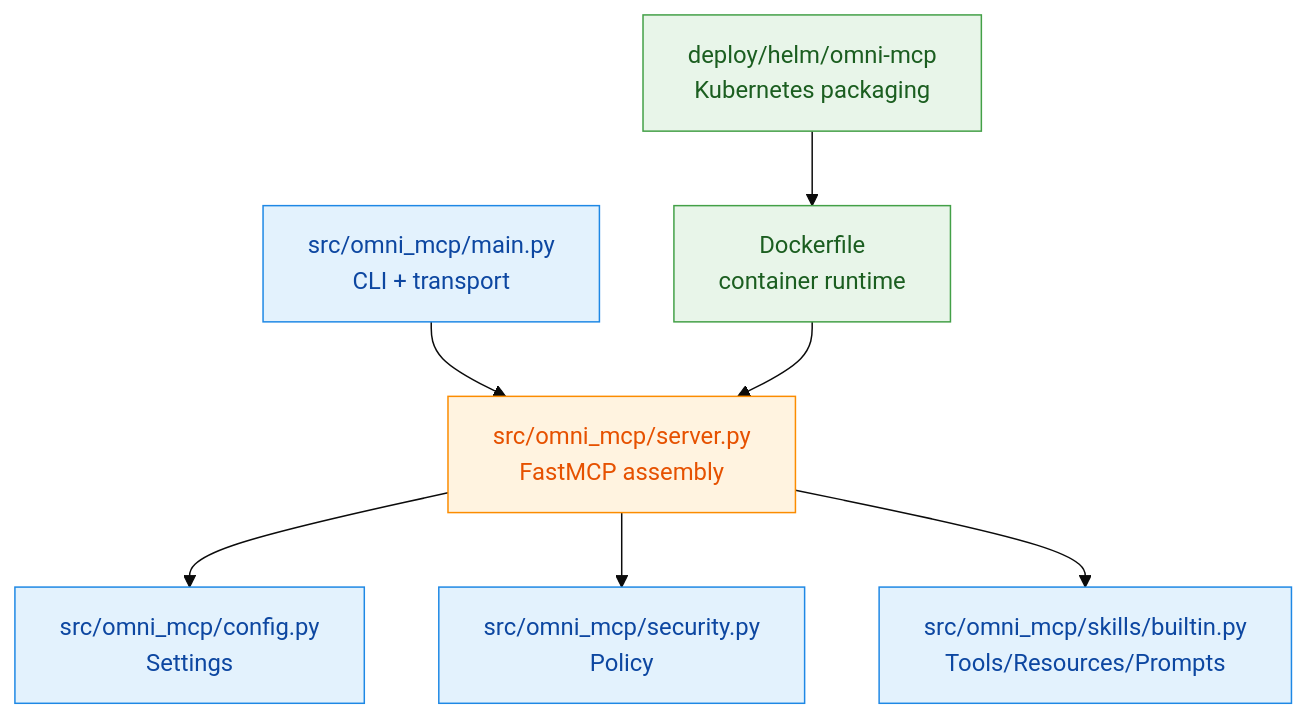
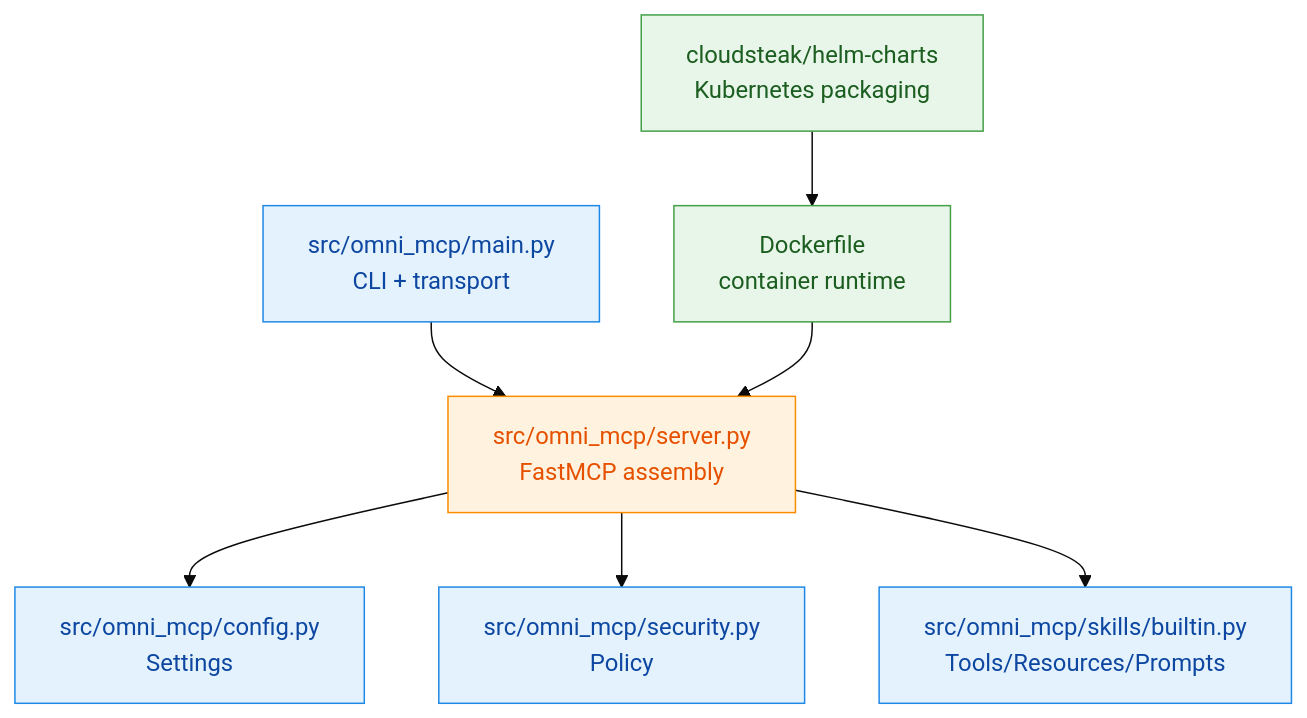
One commit to cloudsteak/omni-mcp changed the second of 3 diagrams in docs/ARCHITECTURE.md. Above: the diagram before and after it, drawn with Mermaid. The commit also changed other lines of this file and 24 other files, not shown here.

````diff
--- a/docs/ARCHITECTURE.md
+++ b/docs/ARCHITECTURE.md
@@ -49,19 +52,19 @@
 ```mermaid
 %%{init: {"theme": "base"}}%%
 graph TD
     A["src/omni_mcp/main.py<br/>CLI + transport"] --> B["src/omni_mcp/server.py<br/>FastMCP assembly"]
     B --> C["src/omni_mcp/config.py<br/>Settings"]
     B --> D["src/omni_mcp/security.py<br/>Policy"]
     B --> E["src/omni_mcp/skills/builtin.py<br/>Tools/Resources/Prompts"]
 
     F["Dockerfile<br/>container runtime"] --> B
-    G["deploy/helm/omni-mcp<br/>Kubernetes packaging"] --> F
+    G["cloudsteak/helm-charts<br/>Kubernetes packaging"] --> F
 
     classDef app fill:#E3F2FD,stroke:#1E88E5,color:#0D47A1,stroke-width:1px;
     classDef core fill:#FFF3E0,stroke:#FB8C00,color:#E65100,stroke-width:1px;
     classDef deploy fill:#E8F5E9,stroke:#43A047,color:#1B5E20,stroke-width:1px;
 
     class A,C,D,E app;
     class B core;
     class F,G deploy;
 ```
````
